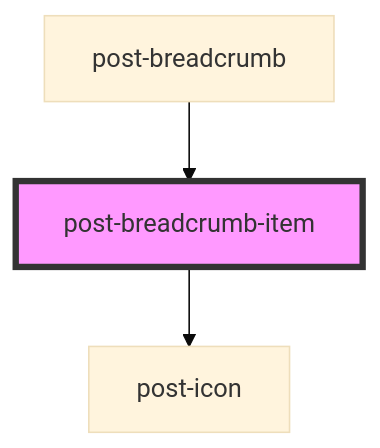
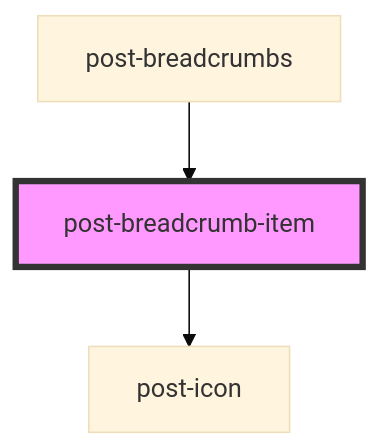
One commit to swisspost/design-system changed the diagram in packages/components/src/components/post-breadcrumb-item/readme.md. Above: the diagram before and after it, drawn with Mermaid (base theme). The commit also changed other lines of this file and 15 other files, not shown here.

Commit message:
refactor(components,docs): rename breadcrumb to breadcrumbs throughout codebase

````diff
--- a/packages/components/src/components/post-breadcrumb-item/readme.md
+++ b/packages/components/src/components/post-breadcrumb-item/readme.md
@@ -33,6 +33,6 @@
 ```mermaid
 graph TD;
   post-breadcrumb-item --> post-icon
-  post-breadcrumb --> post-breadcrumb-item
+  post-breadcrumbs --> post-breadcrumb-item
   style post-breadcrumb-item fill:#f9f,stroke:#333,stroke-width:4px
 ```
````
